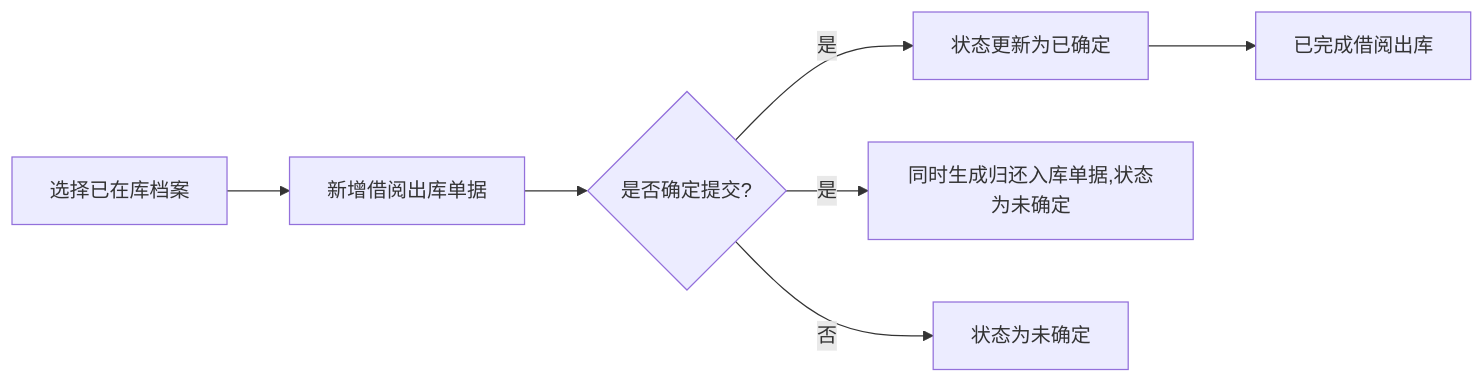
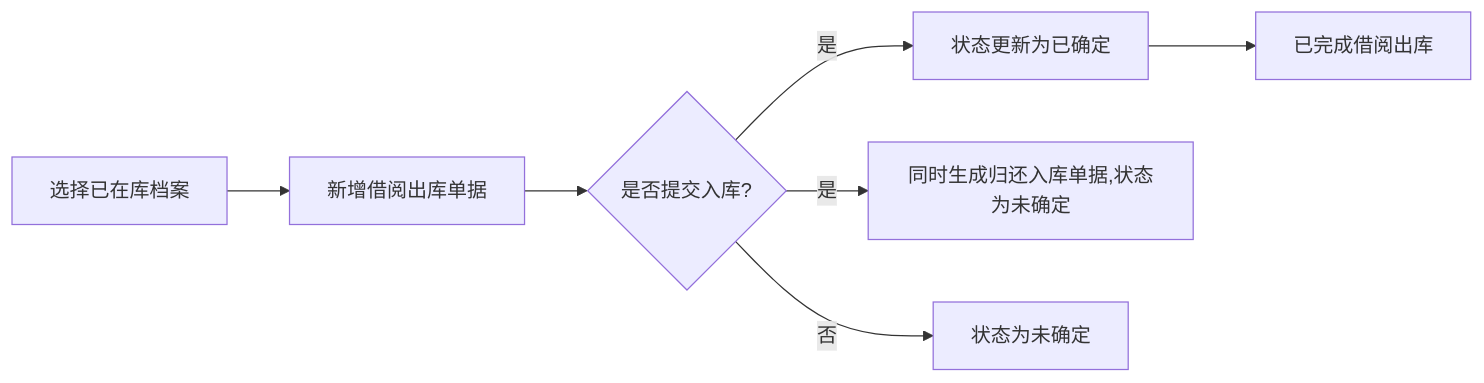
The third of 4 diagrams in README.md (Lishengzuo/project-document-management), drawn with Mermaid before and after one commit. The commit also changed other lines of this file, not shown here.

````diff
--- a/README.md
+++ b/README.md
@@ -168,9 +181,9 @@
 ```mermaid
 graph LR
 A[选择已在库档案]-->B[新增借阅出库单据]
-B-->C{是否确定提交?}
+B-->C{是否提交入库?}
 C-->|是|D[状态更新为已确定]
 C-->|是|E[同时生成归还入库单据,状态为未确定]
 C-->|否|F[状态为未确定]
 D-->G[已完成借阅出库]
 ```
````
